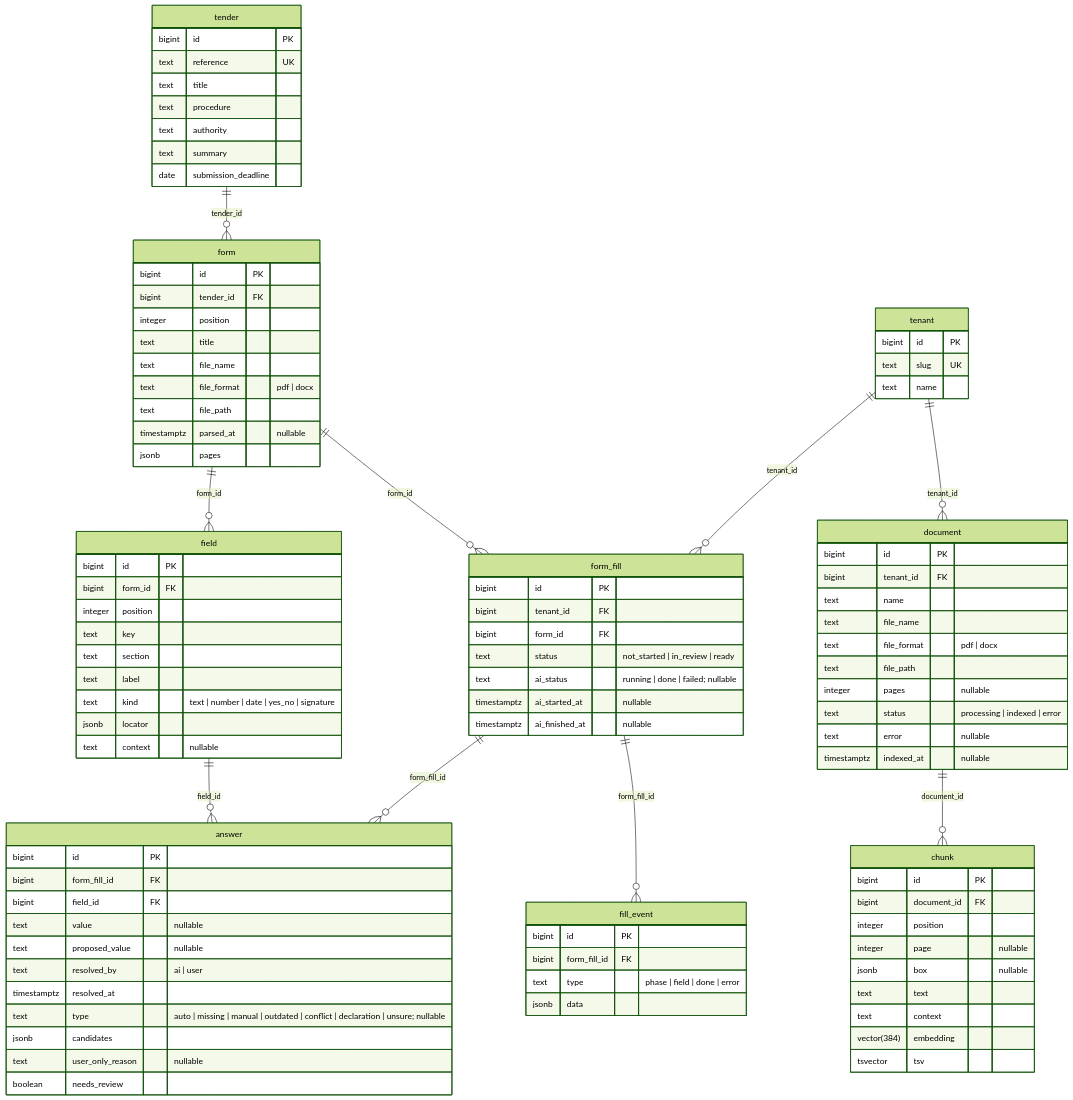
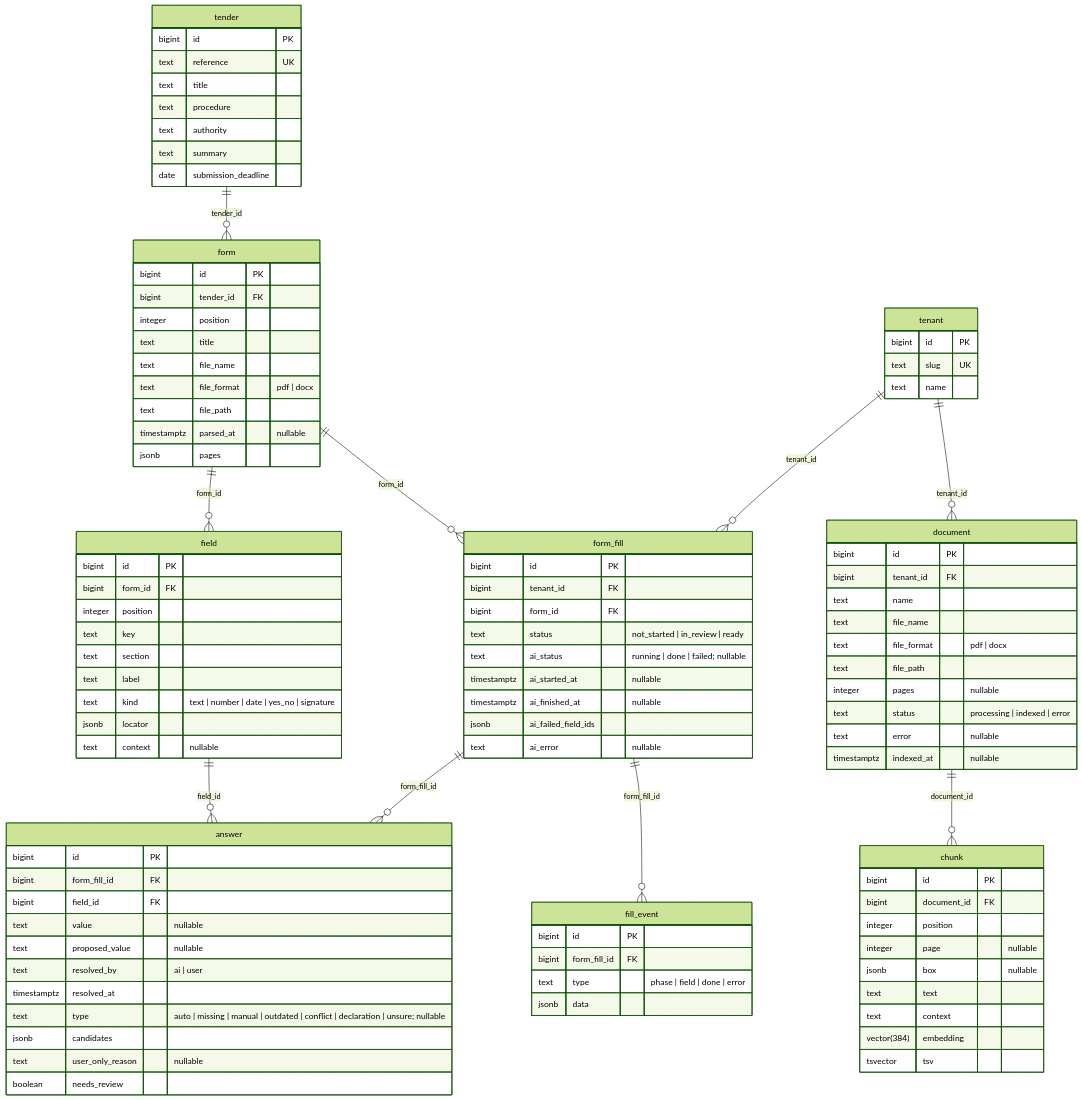
Before and after one commit to remilry/test-sealio: the diagram in docs/DB_SCHEMA.md, drawn with Mermaid (forest theme). The commit also changed 13 other files, not shown here.

```diff
--- a/docs/DB_SCHEMA.md
+++ b/docs/DB_SCHEMA.md
@@ -89,6 +89,8 @@
         text ai_status "running | done | failed; nullable"
         timestamptz ai_started_at "nullable"
         timestamptz ai_finished_at "nullable"
+        jsonb ai_failed_field_ids
+        text ai_error "nullable"
     }
     tenant {
         bigint id PK
```
